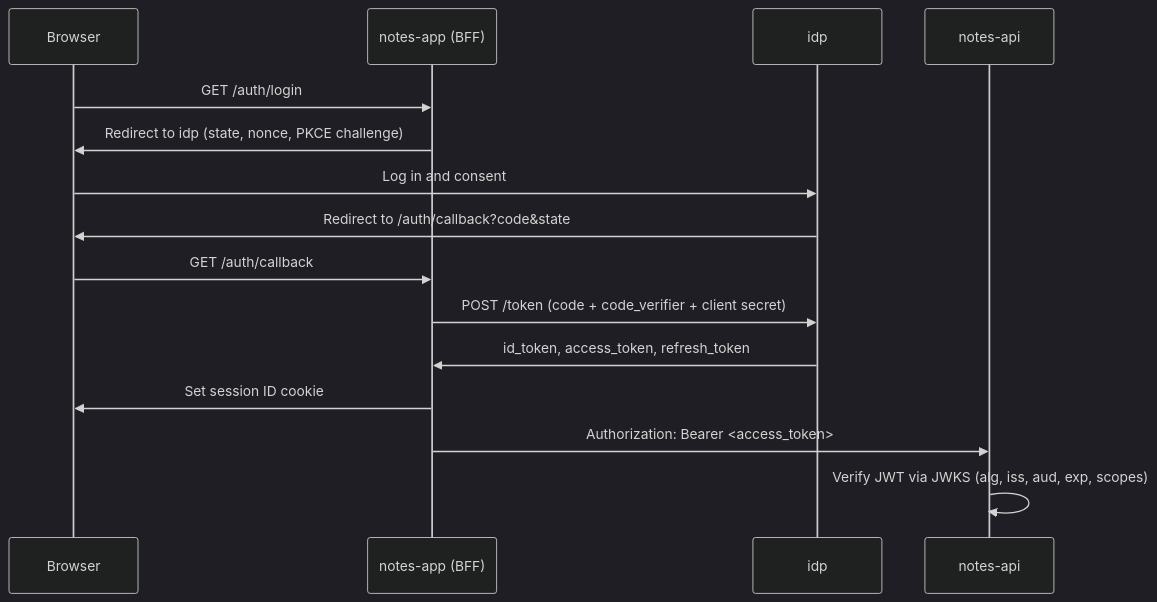
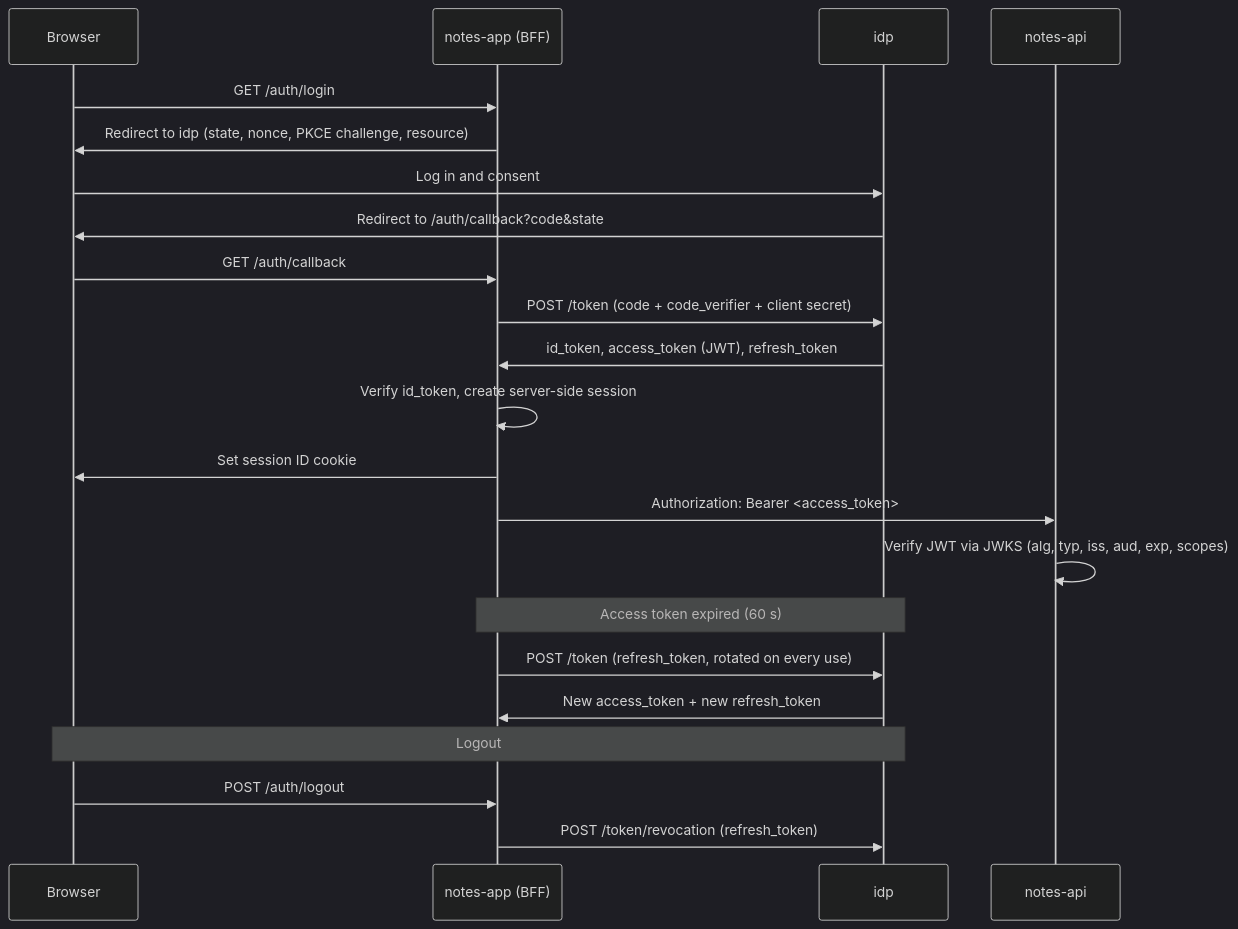
Before and after one commit to wzrdx/oidc-lab: the diagram in README.md, drawn with Mermaid (dark theme). The commit also changed other lines of this file and 7 other files, not shown here.

````diff
--- a/README.md
+++ b/README.md
@@ -25,18 +29,25 @@
 ```mermaid
 sequenceDiagram
     participant B as Browser
     participant A as notes-app (BFF)
     participant I as idp
     participant R as notes-api
 
     B->>A: GET /auth/login
-    A->>B: Redirect to idp (state, nonce, PKCE challenge)
+    A->>B: Redirect to idp (state, nonce, PKCE challenge, resource)
     B->>I: Log in and consent
     I->>B: Redirect to /auth/callback?code&state
     B->>A: GET /auth/callback
     A->>I: POST /token (code + code_verifier + client secret)
-    I->>A: id_token, access_token, refresh_token
+    I->>A: id_token, access_token (JWT), refresh_token
+    A->>A: Verify id_token, create server-side session
     A->>B: Set session ID cookie
     A->>R: Authorization: Bearer <access_token>
-    R->>R: Verify JWT via JWKS (alg, iss, aud, exp, scopes)
+    R->>R: Verify JWT via JWKS (alg, typ, iss, aud, exp, scopes)
+    Note over A,I: Access token expired (60 s)
+    A->>I: POST /token (refresh_token, rotated on every use)
+    I->>A: New access_token + new refresh_token
+    Note over B,I: Logout
+    B->>A: POST /auth/logout
+    A->>I: POST /token/revocation (refresh_token)
 ```
````
